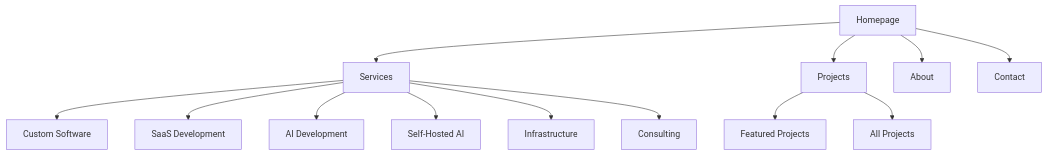
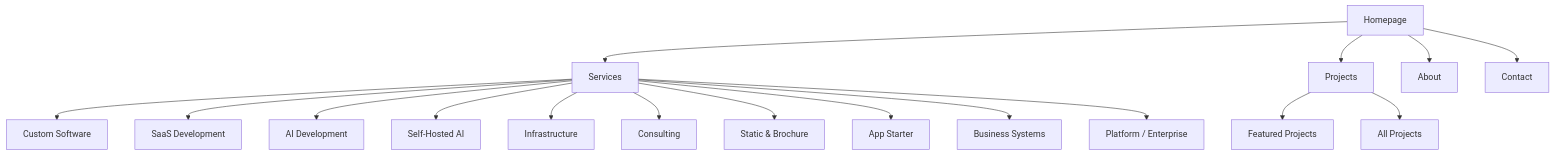
One commit to NemesisGuy/nemesisnet changed the diagram in README.md. Above: the diagram before and after it, drawn with Mermaid. The commit also changed other lines of this file and 3 other files, not shown here.

````diff
--- a/README.md
+++ b/README.md
@@ -65,17 +65,22 @@
 ```mermaid
 graph TD
     Home[Homepage] --> Services
     Home --> Projects
     Home --> About
     Home --> Contact
     
     Services --> CustomSoftware[Custom Software]
     Services --> SaaS[SaaS Development]
     Services --> AI[AI Development]
     Services --> SelfHosted[Self-Hosted AI]
     Services --> Infra[Infrastructure]
     Services --> Consulting[Consulting]
     
+    Services --> T1[Static & Brochure]
+    Services --> T2[App Starter]
+    Services --> T3[Business Systems]
+    Services --> T4[Platform / Enterprise]
+    
     Projects --> Featured[Featured Projects]
     Projects --> All[All Projects]
 ```
````
